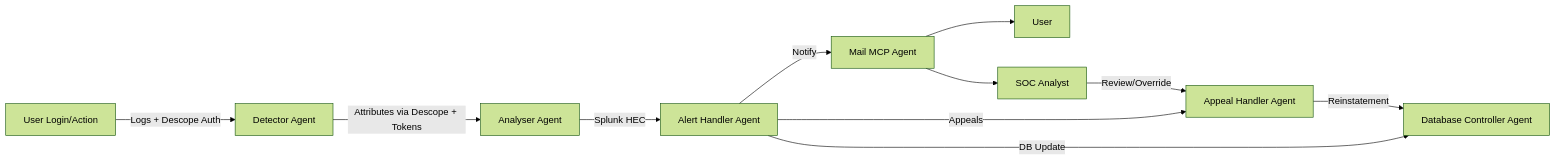
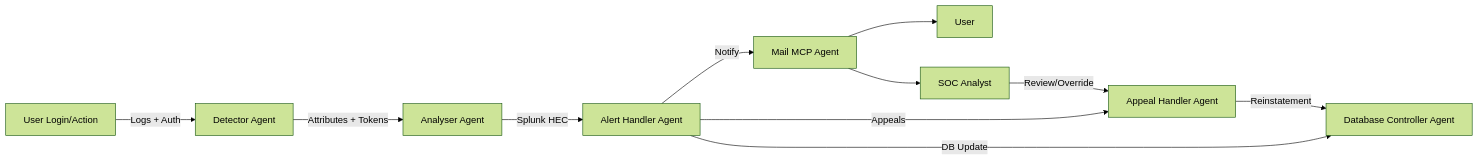
One commit to rohitvijayan1111/Z3r0Trust changed the diagram in README.md. Above: the diagram before and after it, drawn with Mermaid (forest theme). The commit also changed other lines of this file, not shown here.

````diff
--- a/README.md
+++ b/README.md
@@ -106,13 +103,13 @@
 ```mermaid
 flowchart LR
-  A[User Login/Action] -->|Logs + Descope Auth| B[Detector Agent]
-  B -->|Attributes via Descope + Tokens| C[Analyser Agent]
+  A[User Login/Action] -->|Logs + Auth| B[Detector Agent]
+  B -->|Attributes + Tokens| C[Analyser Agent]
   C -->|Splunk HEC| D[Alert Handler Agent]
   D -->|Notify| E[Mail MCP Agent]
   D -->|DB Update| F[Database Controller Agent]
   D -->|Appeals| G[Appeal Handler Agent]
   E --> H[User]
   E --> I[SOC Analyst]
   I -->|Review/Override| G
   G -->|Reinstatement| F
 ```
````
